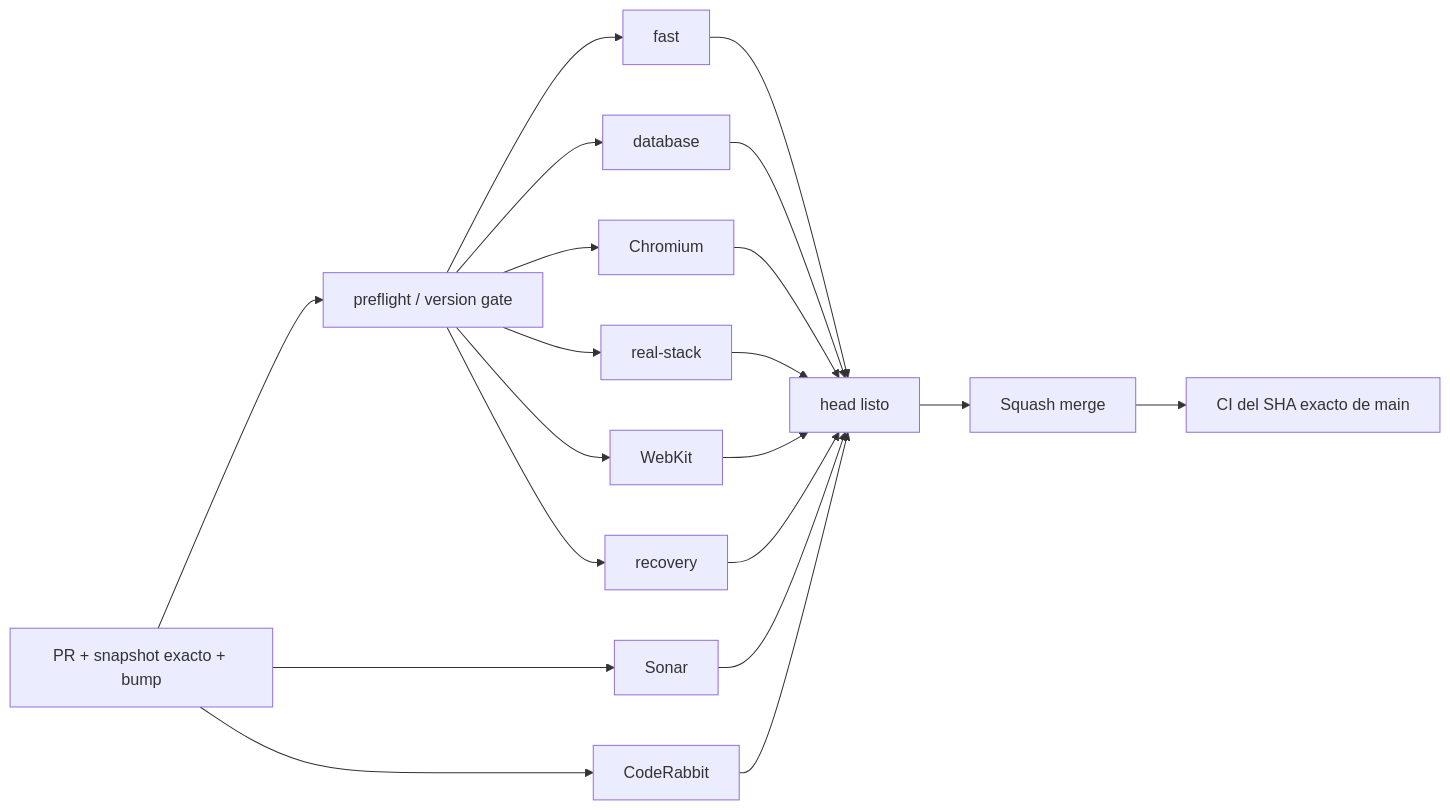
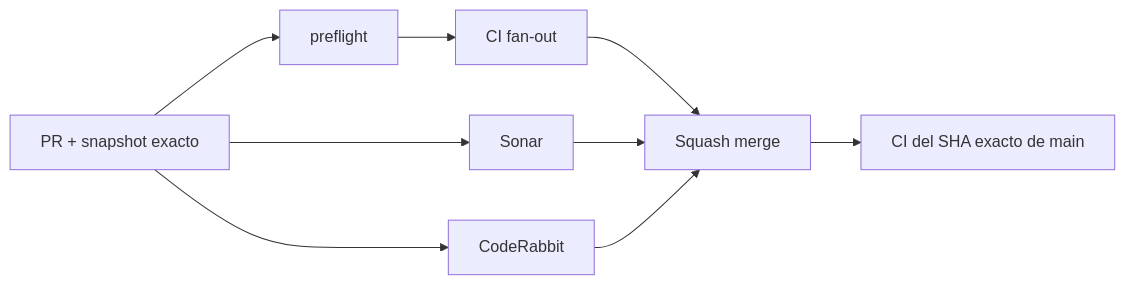
The diagram in README.md (pl0n3r/brvtal), drawn with Mermaid before and after one commit. The commit also changed other lines of this file and 11 other files, not shown here.

````diff
--- a/README.md
+++ b/README.md
@@ -44,22 +44,11 @@
 ```mermaid
 flowchart LR
- A["PR + snapshot exacto + bump"] --> P["preflight / version gate"]
- P --> F["fast"]
- P --> D["database"]
- P --> B["Chromium"]
- P --> R["real-stack"]
- P --> W["WebKit"]
- P --> K["recovery"]
+ A["PR + snapshot exacto"] --> P["preflight"]
+ P --> F["CI fan-out"]
  A --> S["Sonar"]
  A --> C["CodeRabbit"]
- F --> G["head listo"]
- D --> G
- B --> G
- R --> G
- W --> G
- K --> G
- S --> G
- C --> G
- G --> M["Squash merge"]
+ F --> M["Squash merge"]
+ S --> M
+ C --> M
  M --> X["CI del SHA exacto de main"]
 ```
````
